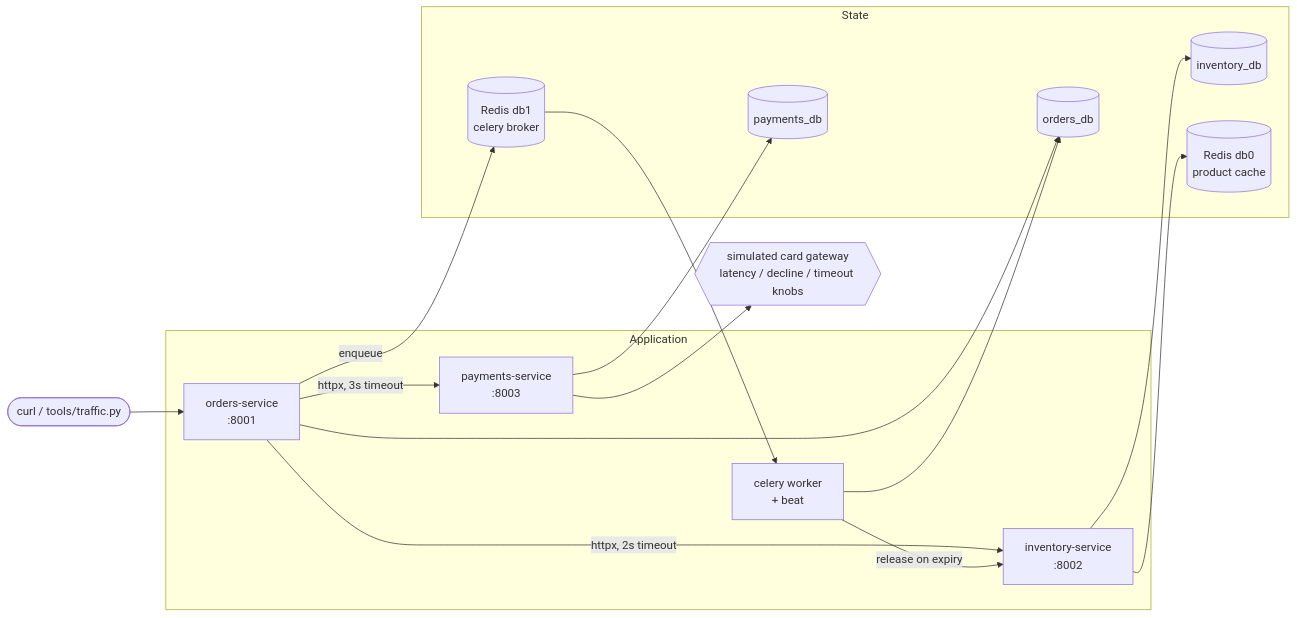
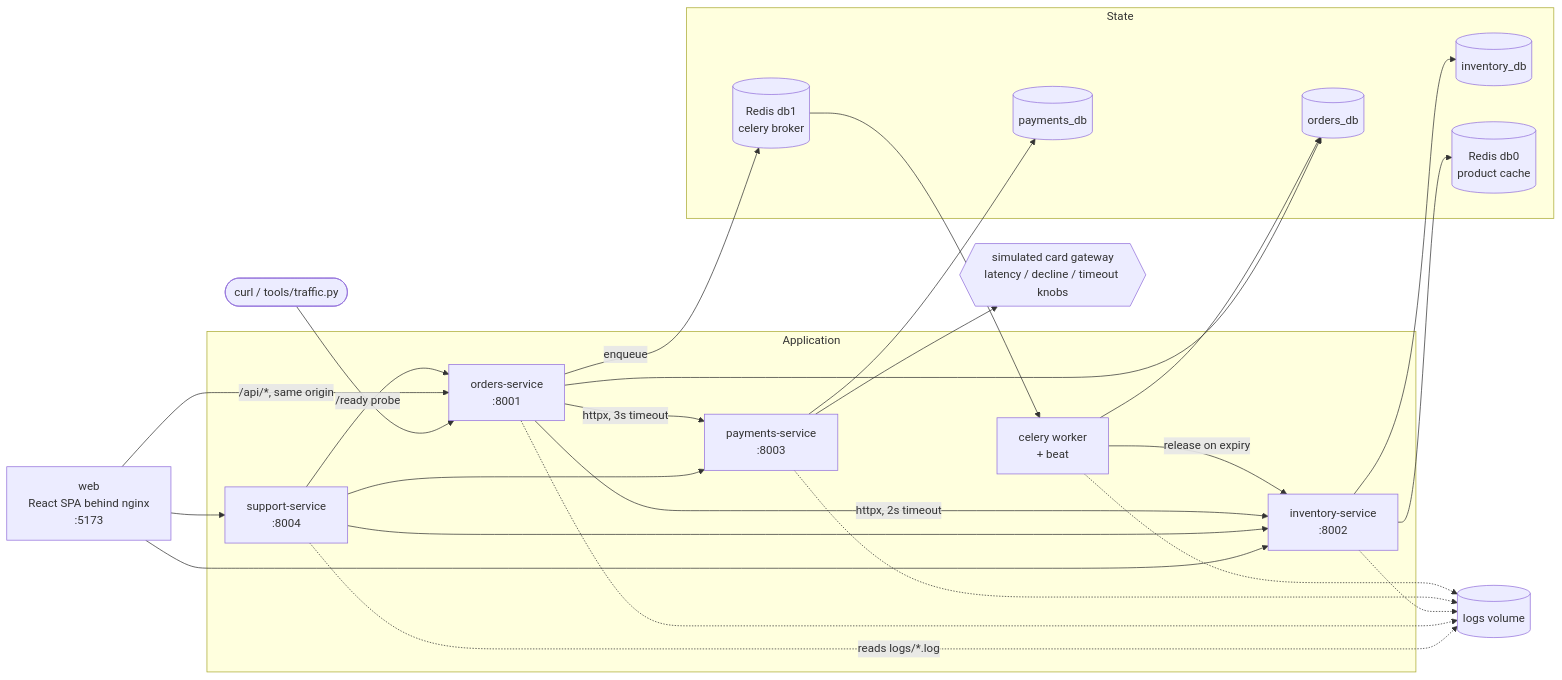
The first of 3 diagrams in docs/architecture.md (mukund018/order_platform), drawn with Mermaid before and after one commit. The commit also changed other lines of this file and 9 other files, not shown here.

First line of the commit message:
fix(support,web): concurrent health probes, sane error grouping, honest loading states

````diff
--- a/docs/architecture.md
+++ b/docs/architecture.md
@@ -10,34 +11,47 @@
 ```mermaid
 flowchart LR
     client([curl / tools/traffic.py])
+    web[web<br/>React SPA behind nginx<br/>:5173]
 
     subgraph app[Application]
         orders[orders-service<br/>:8001]
         inventory[inventory-service<br/>:8002]
         payments[payments-service<br/>:8003]
         worker[celery worker<br/>+ beat]
+        support[support-service<br/>:8004]
     end
 
     subgraph data[State]
         odb[(orders_db)]
         idb[(inventory_db)]
         pdb[(payments_db)]
         cache[(Redis db0<br/>product cache)]
         broker[(Redis db1<br/>celery broker)]
     end
 
     gateway{{simulated card gateway<br/>latency / decline / timeout knobs}}
 
     client --> orders
+    web -->|/api/*, same origin| orders
+    web --> inventory
+    web --> support
+    support -->|/ready probe| orders
+    support --> inventory
+    support --> payments
+    support -.->|reads logs/*.log| logs[(logs volume)]
+    orders -.-> logs
+    inventory -.-> logs
+    payments -.-> logs
+    worker -.-> logs
     orders -->|httpx, 2s timeout| inventory
     orders -->|httpx, 3s timeout| payments
     orders --> odb
     orders -->|enqueue| broker
     inventory --> idb
     inventory --> cache
     payments --> pdb
     payments --> gateway
     broker --> worker
     worker --> odb
     worker -->|release on expiry| inventory
 ```
````
